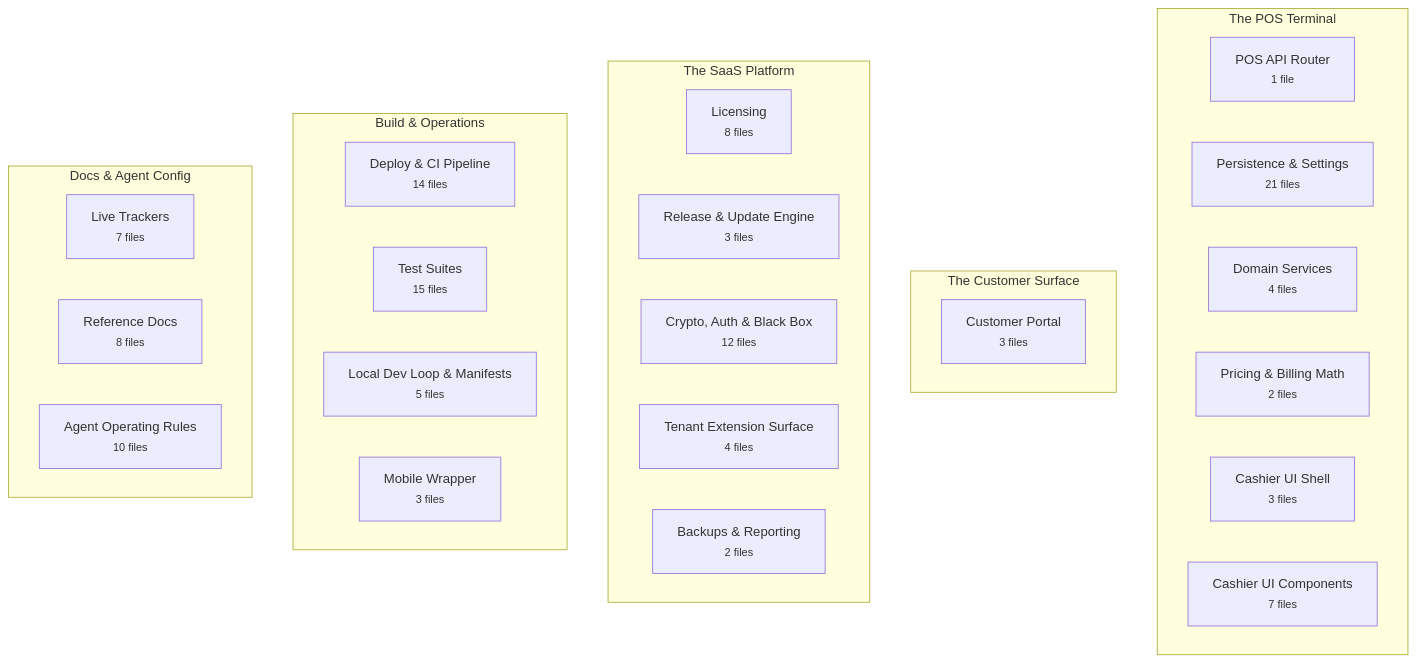
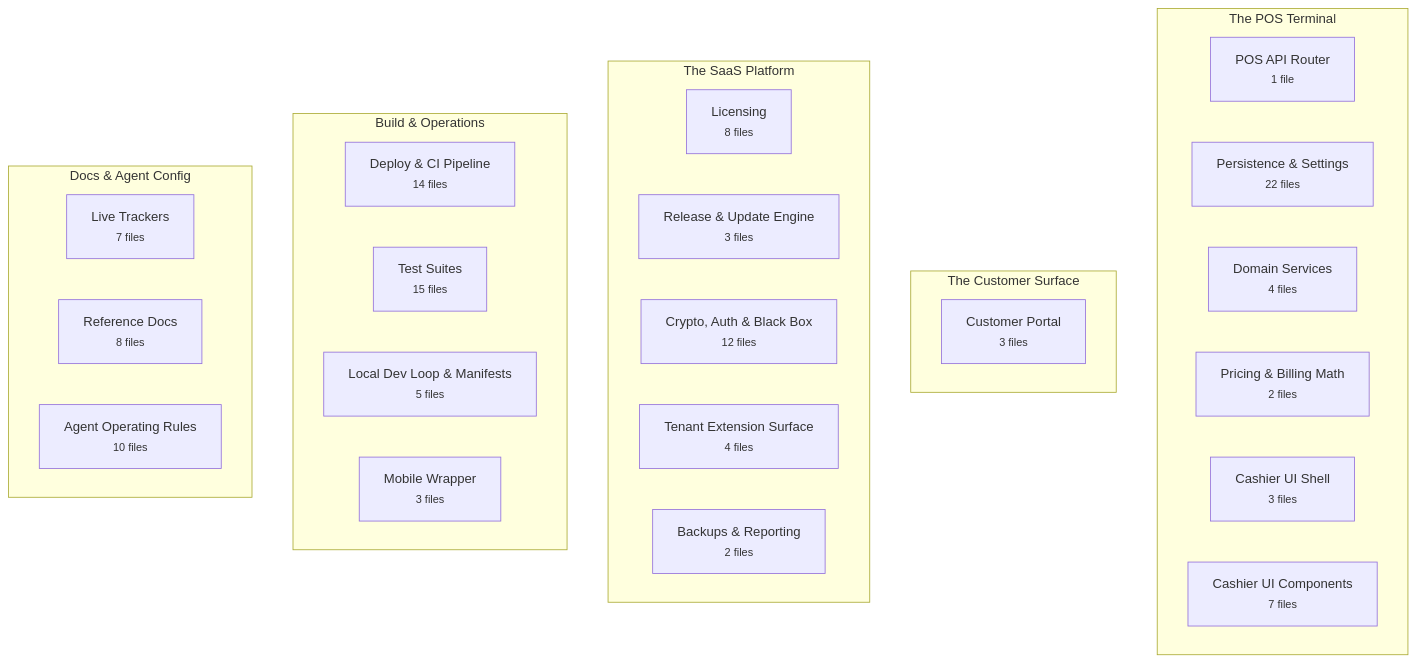
The first of 2 diagrams in docs/brain/BRAIN.md (Vishalnayak226/gold_pos), drawn with Mermaid before and after one commit. The commit also changed other lines of this file and 25 other files, not shown here.

````diff
--- a/docs/brain/BRAIN.md
+++ b/docs/brain/BRAIN.md
@@ -20,37 +20,37 @@
 ```mermaid
 flowchart TB
   subgraph pos["The POS Terminal"]
     direction LR
     pos_api["POS API Router<br/><small>1 file</small>"]
-    persistence["Persistence & Settings<br/><small>21 files</small>"]
+    persistence["Persistence & Settings<br/><small>22 files</small>"]
     domain_services["Domain Services<br/><small>4 files</small>"]
     pricing["Pricing & Billing Math<br/><small>2 files</small>"]
     pos_ui["Cashier UI Shell<br/><small>3 files</small>"]
     pos_components["Cashier UI Components<br/><small>7 files</small>"]
   end
   subgraph customer["The Customer Surface"]
     direction LR
     customer_portal["Customer Portal<br/><small>3 files</small>"]
   end
   subgraph platform["The SaaS Platform"]
     direction LR
     licensing["Licensing<br/><small>8 files</small>"]
     updates["Release & Update Engine<br/><small>3 files</small>"]
     security["Crypto, Auth & Black Box<br/><small>12 files</small>"]
     extensions["Tenant Extension Surface<br/><small>4 files</small>"]
     maintenance["Backups & Reporting<br/><small>2 files</small>"]
   end
   subgraph ops["Build & Operations"]
     direction LR
     deploy["Deploy & CI Pipeline<br/><small>14 files</small>"]
     tests["Test Suites<br/><small>15 files</small>"]
     dev_loop["Local Dev Loop & Manifests<br/><small>5 files</small>"]
     mobile["Mobile Wrapper<br/><small>3 files</small>"]
   end
   subgraph knowledge["Docs & Agent Config"]
     direction LR
     trackers["Live Trackers<br/><small>7 files</small>"]
     reference["Reference Docs<br/><small>8 files</small>"]
     agent_config["Agent Operating Rules<br/><small>10 files</small>"]
   end
 ```
````
